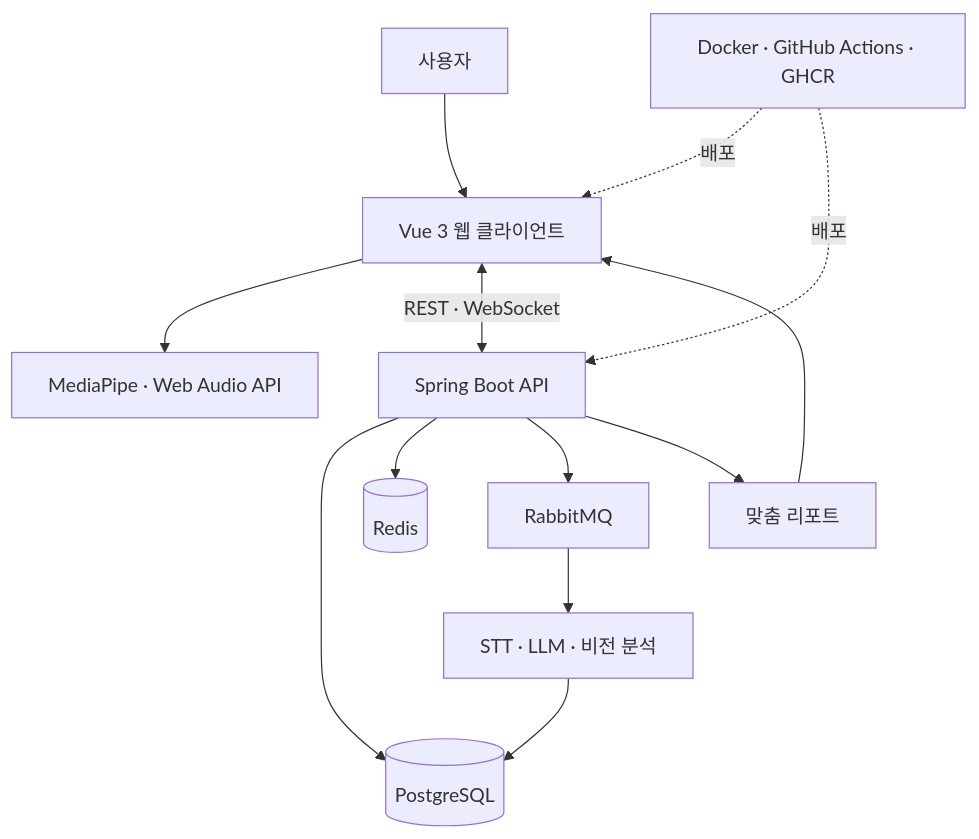
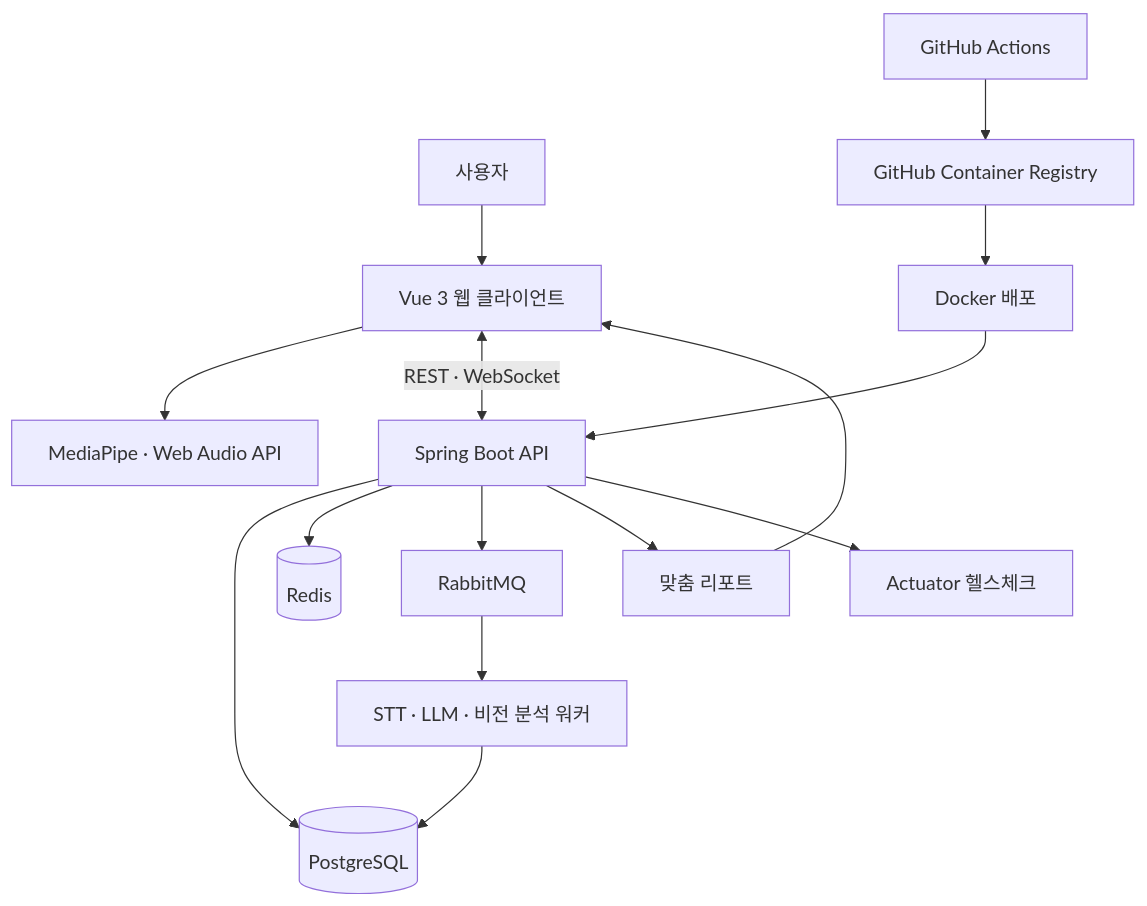
One commit to scnelMG/aivo-portfolio changed the second of 2 diagrams in README.md. Above: the diagram before and after it, drawn with Mermaid. The commit also changed other lines of this file, not shown here.

Commit message:
docs: enrich interview and delivery details

````diff
--- a/README.md
+++ b/README.md
@@ -129,15 +131,17 @@
 ```mermaid
 flowchart TB
     U[사용자] --> FE[Vue 3 웹 클라이언트]
     FE --> MEDIA[MediaPipe · Web Audio API]
     FE <-->|REST · WebSocket| API[Spring Boot API]
     API --> DB[(PostgreSQL)]
     API --> CACHE[(Redis)]
     API --> MQ[RabbitMQ]
-    MQ --> AI[STT · LLM · 비전 분석]
+    MQ --> AI[STT · LLM · 비전 분석 워커]
     AI --> DB
     API --> REPORT[맞춤 리포트]
     REPORT --> FE
-    DOCKER[Docker · GitHub Actions · GHCR] -. 배포 .-> FE
-    DOCKER -. 배포 .-> API
+    ACTIONS[GitHub Actions] --> GHCR[GitHub Container Registry]
+    GHCR --> DOCKER[Docker 배포]
+    DOCKER --> API
+    API --> HEALTH[Actuator 헬스체크]
 ```
````
